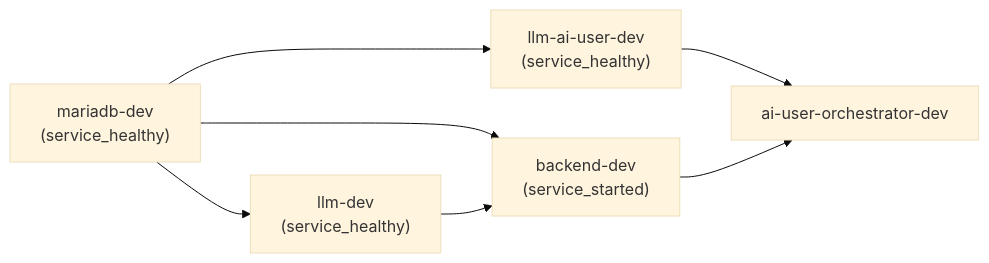
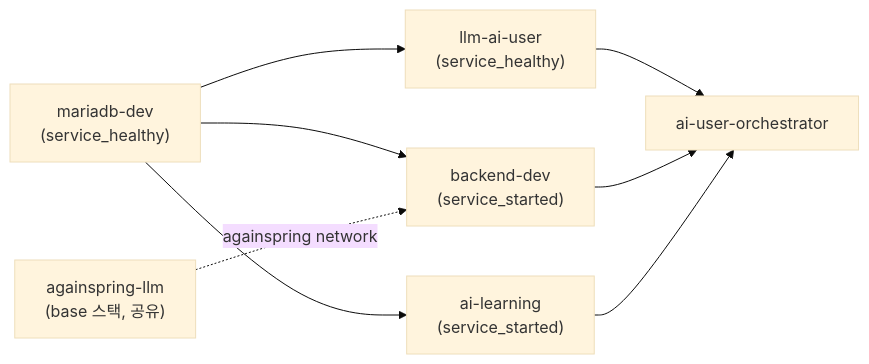
Before and after one commit to Justant-source/Again-Spring: the second of 13 diagrams in backend/docs/ai-user.md, drawn with Mermaid (base theme). The commit also changed other lines of this file and 186 other files, not shown here.

````diff
--- a/backend/docs/ai-user.md
+++ b/backend/docs/ai-user.md
@@ -137,15 +143,17 @@
 ```mermaid
 graph LR
+    BASE["againspring-llm\n(base 스택, 공유)"]
     DB["mariadb-dev\n(service_healthy)"]
-    LLM1["llm-dev\n(service_healthy)"]
-    LLMAI["llm-ai-user-dev\n(service_healthy)"]
+    LLMAI["llm-ai-user\n(service_healthy)"]
     BE["backend-dev\n(service_started)"]
-    ORCH["ai-user-orchestrator-dev"]
+    ORCH["ai-user-orchestrator"]
+    LEARN["ai-learning\n(service_started)"]
 
-    DB --> LLM1
     DB --> BE
-    LLM1 --> BE
+    BASE -.->|againspring network| BE
     DB --> LLMAI
     LLMAI --> ORCH
     BE --> ORCH
+    DB --> LEARN
+    LEARN --> ORCH
 ```
````
